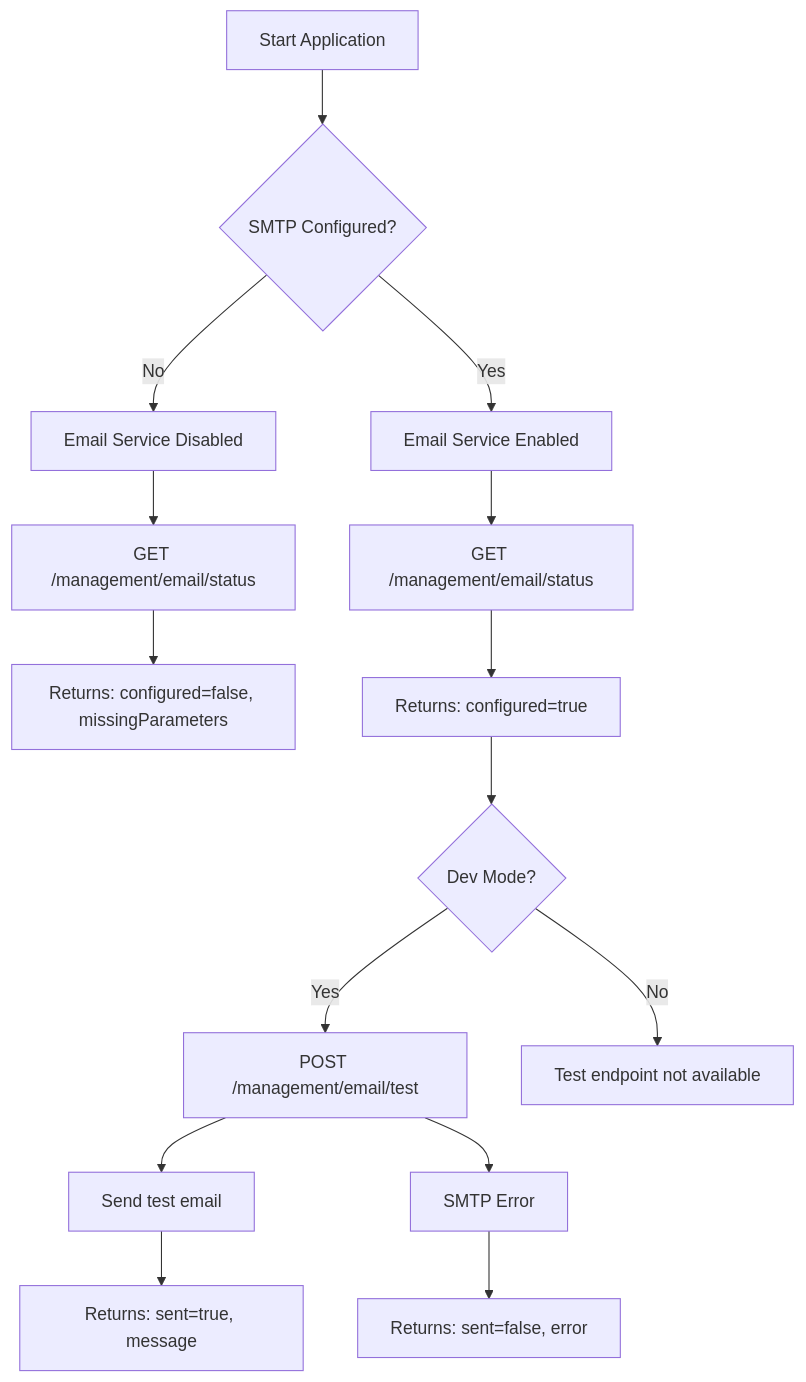
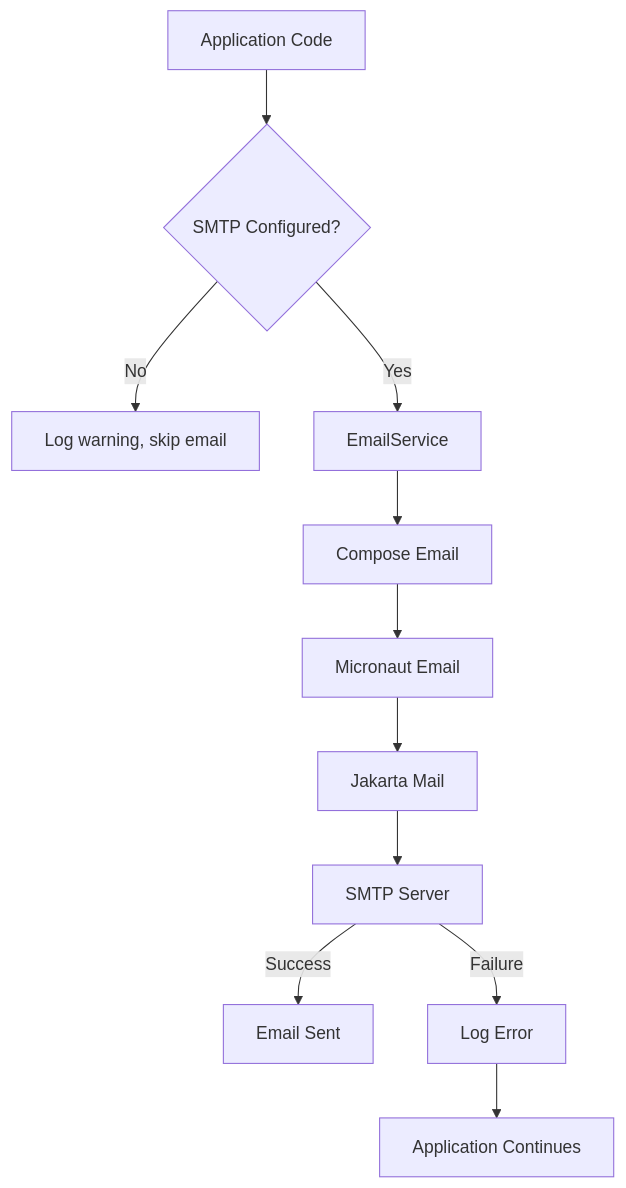
Before and after one commit to termx-health/termx-server: the first of 2 diagrams in docs/features/smtp-email-support.md, drawn with Mermaid. The commit also changed other lines of this file and 7 other files, not shown here.

````diff
--- a/docs/features/smtp-email-support.md
+++ b/docs/features/smtp-email-support.md
@@ -357,22 +393,15 @@
 ```mermaid
-graph TD
-    Start[Start Application] --> CheckConfig{SMTP Configured?}
-    CheckConfig -->|No| Disabled[Email Service Disabled]
-    CheckConfig -->|Yes| Enabled[Email Service Enabled]
+flowchart TD
+    App[Application Code] --> Check{SMTP Configured?}
+    Check -->|No| Skip[Log warning, skip email]
+    Check -->|Yes| EmailService
     
-    Disabled --> StatusCheck[GET /management/email/status]
-    StatusCheck --> StatusResp[Returns: configured=false, missingParameters]
+    EmailService --> Compose[Compose Email]
+    Compose --> Micronaut[Micronaut Email]
+    Micronaut --> JavaMail[Jakarta Mail]
+    JavaMail --> SMTP[SMTP Server]
     
-    Enabled --> StatusCheck2[GET /management/email/status]
-    StatusCheck2 --> StatusResp2[Returns: configured=true]
-    
-    StatusResp2 --> DevMode{Dev Mode?}
-    DevMode -->|Yes| TestEndpoint[POST /management/email/test]
-    DevMode -->|No| NoTest[Test endpoint not available]
-    
-    TestEndpoint --> SendEmail[Send test email]
-    SendEmail --> Success[Returns: sent=true, message]
-    
-    TestEndpoint --> Failed[SMTP Error]
-    Failed --> ErrorResp[Returns: sent=false, error]
+    SMTP -->|Success| Done[Email Sent]
+    SMTP -->|Failure| Error[Log Error]
+    Error --> Graceful[Application Continues]
 ```
````
